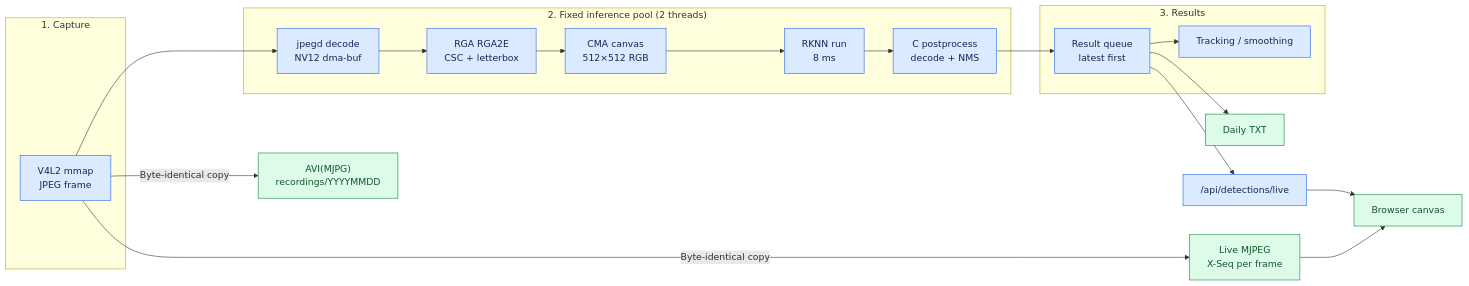
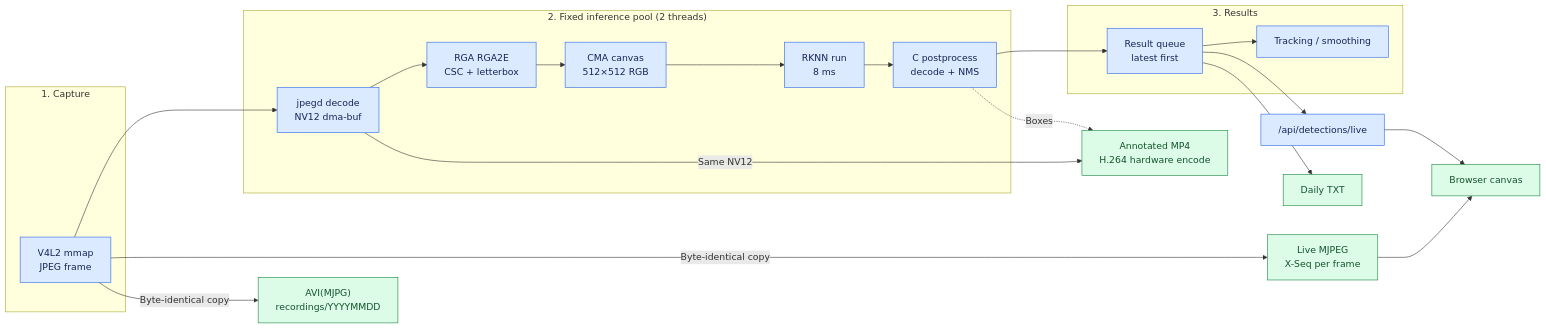
One commit to qianruo-orange/autonomous-driving-car changed the fifth of 6 diagrams in README.md. Above: the diagram before and after it, drawn with Mermaid. The commit also changed other lines of this file, not shown here.

First line of the commit message:
docs: redraw the media diagrams with the annotated output

````diff
--- a/README.md
+++ b/README.md
@@ -438,27 +442,29 @@
 ```mermaid
 flowchart LR
     subgraph Capture["1. Capture"]
         Raw["V4L2 mmap<br/>JPEG frame"]
     end
     subgraph Infer["2. Fixed inference pool (2 threads)"]
         Nv12["jpegd decode<br/>NV12 dma-buf"] --> Rga["RGA RGA2E<br/>CSC + letterbox"]
         Rga --> Canvas["CMA canvas<br/>512×512 RGB"]
         Canvas --> Npu["RKNN run<br/>8 ms"]
         Npu --> Post["C postprocess<br/>decode + NMS"]
     end
     subgraph Render["3. Results"]
         Latest["Result queue<br/>latest first"] --> Track["Tracking / smoothing"]
     end
     Raw --> Nv12
     Post --> Latest
     Raw -->|Byte-identical copy| Live["Live MJPEG<br/>X-Seq per frame"]
     Raw -->|Byte-identical copy| AVI["AVI(MJPG)<br/>recordings/YYYYMMDD"]
+    Nv12 -->|Same NV12| Annot["Annotated MP4<br/>H.264 hardware encode"]
+    Post -.->|Boxes| Annot
     Latest --> Api["/api/detections/live"]
     Api --> Browser["Browser canvas"]
     Live --> Browser
     Latest --> Reports["Daily TXT"]
     classDef process fill:#dbeafe,stroke:#2563eb,color:#172554
     classDef output fill:#dcfce7,stroke:#15803d,color:#14532d
     class Raw,Nv12,Rga,Canvas,Npu,Post,Latest,Track,Api process
-    class Live,AVI,Browser,Reports output
+    class Live,AVI,Annot,Browser,Reports output
 ```
````
